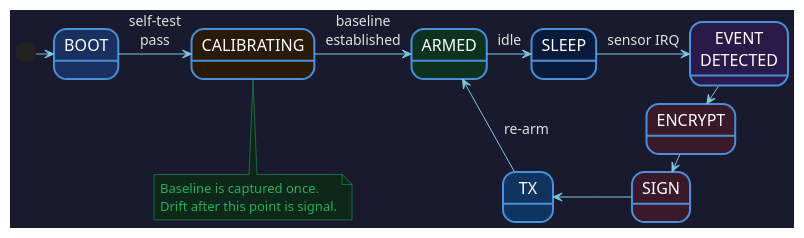
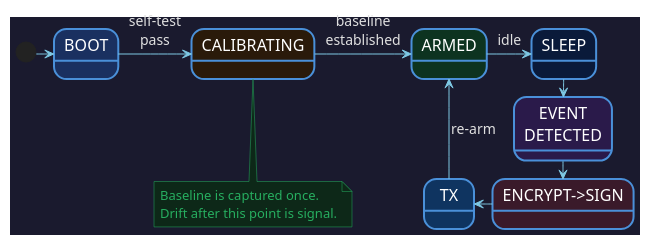
Before and after one commit to jknoxdev/lima-node: the diagram in docs/architecture/fsm-simple.puml, drawn with PlantUML. The commit also changed 1 other file, not shown here.

Commit message:
docs(fsm): converge bubbles for enc->sign

```diff
--- a/docs/architecture/fsm-simple.puml
+++ b/docs/architecture/fsm-simple.puml
@@ -1,49 +1,47 @@
 @startuml fsm-simple
 !pragma layout smetana
 
 skinparam {
     BackgroundColor #1a1a2e
     ArrowColor #7EC8E3
     ArrowFontColor #CCCCCC
     ArrowFontSize 13
     DefaultFontName Arial
     DefaultFontColor #E0E0E0
     DefaultFontSize 14
     StateBorderColor #4A90D9
     StateBorderThickness 2
     StateBackgroundColor #0f3460
     StateFontColor #FFFFFF
     StateFontSize 16
     NoteBackgroundColor #0D2818
     NoteBorderColor #27AE60
     NoteFontColor #27AE60
     NoteFontSize 13
     nodesep 36
     ranksep 38
 }
 
 state "BOOT" as boot #1a3060
 state "CALIBRATING" as cal #2a1a0a
 state "ARMED" as armed #0D3320
 state "SLEEP" as sleep #0a1a3a
 state "EVENT\nDETECTED" as evt #2a1a4a
-state "SIGN" as sign #3a1a2a
-state "ENCRYPT" as enc #3a1a2a
+state "ENCRYPT->SIGN" as encsign #3a1a2a
 state "TX" as tx #0f3460
 
 [*] -right-> boot
 boot -right-> cal : self-test\npass
 cal -right-> armed : baseline\nestablished
 armed -right-> sleep : idle
-sleep -right-> evt : sensor IRQ
-evt -right-> enc
-enc -right-> sign
-sign -left-> tx
+sleep -right-> evt
+evt -right-> encsign
+encsign -left-> tx
 tx -up-> armed : re-arm
 
 note bottom of cal
   Baseline is captured once.
   Drift after this point is signal.
 end note
 
 @enduml
```
